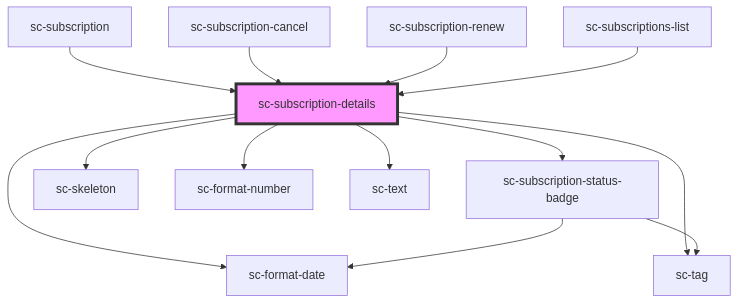
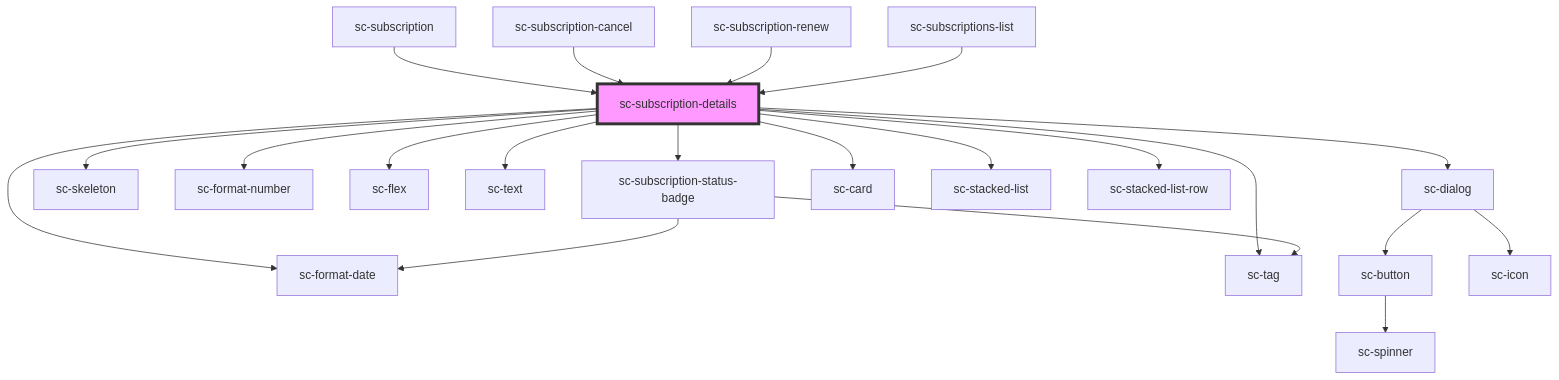
The diagram in packages/components/src/components/controllers/dashboard/subscription-details/readme.md (surecart/surecart-wp-plugin), drawn with Mermaid before and after one commit. The commit also changed other lines of this file and 15 other files, not shown here.

````diff
--- a/packages/components/src/components/controllers/dashboard/subscription-details/readme.md
+++ b/packages/components/src/components/controllers/dashboard/subscription-details/readme.md
@@ -36,16 +41,24 @@
 ```mermaid
 graph TD;
   sc-subscription-details --> sc-subscription-status-badge
   sc-subscription-details --> sc-format-date
   sc-subscription-details --> sc-skeleton
   sc-subscription-details --> sc-format-number
+  sc-subscription-details --> sc-flex
+  sc-subscription-details --> sc-tag
   sc-subscription-details --> sc-text
-  sc-subscription-details --> sc-tag
+  sc-subscription-details --> sc-dialog
+  sc-subscription-details --> sc-card
+  sc-subscription-details --> sc-stacked-list
+  sc-subscription-details --> sc-stacked-list-row
   sc-subscription-status-badge --> sc-format-date
   sc-subscription-status-badge --> sc-tag
+  sc-dialog --> sc-button
+  sc-dialog --> sc-icon
+  sc-button --> sc-spinner
   sc-subscription --> sc-subscription-details
   sc-subscription-cancel --> sc-subscription-details
   sc-subscription-renew --> sc-subscription-details
   sc-subscriptions-list --> sc-subscription-details
   style sc-subscription-details fill:#f9f,stroke:#333,stroke-width:4px
 ```
````
